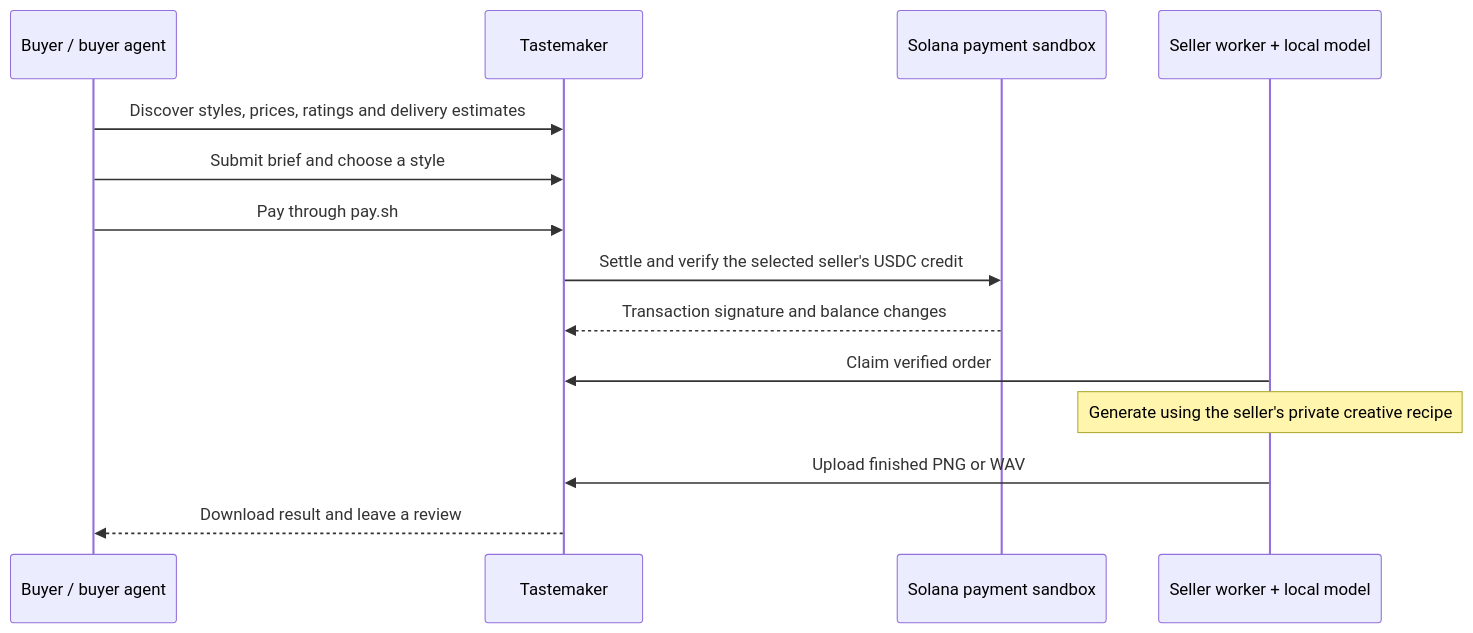
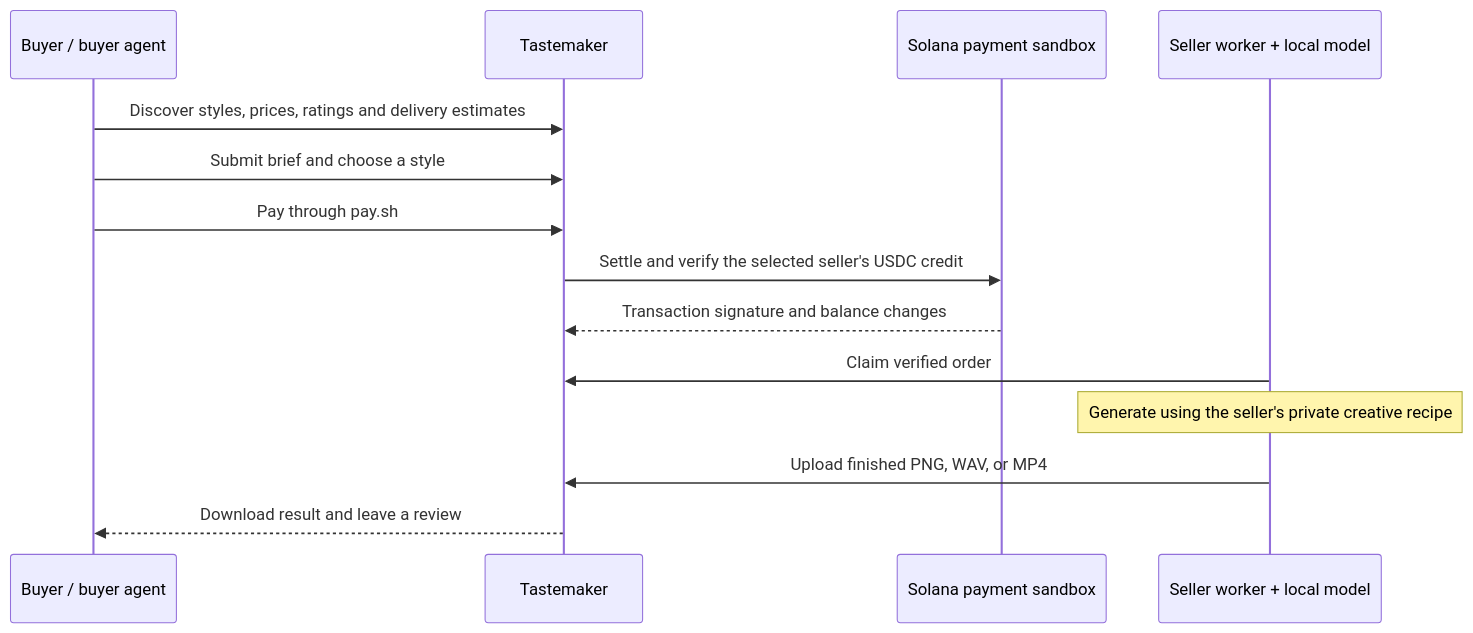
One commit to eminaz/MediaMarket changed the diagram in README.md. Above: the diagram before and after it, drawn with Mermaid. The commit also changed other lines of this file and 34 other files, not shown here.

````diff
--- a/README.md
+++ b/README.md
@@ -15,16 +15,16 @@
 ```mermaid
 sequenceDiagram
     participant Buyer as Buyer / buyer agent
     participant Market as Tastemaker
     participant Pay as Solana payment sandbox
     participant Seller as Seller worker + local model
     Buyer->>Market: Discover styles, prices, ratings and delivery estimates
     Buyer->>Market: Submit brief and choose a style
     Buyer->>Market: Pay through pay.sh
     Market->>Pay: Settle and verify the selected seller's USDC credit
     Pay-->>Market: Transaction signature and balance changes
     Seller->>Market: Claim verified order
     Note over Seller: Generate using the seller's private creative recipe
-    Seller->>Market: Upload finished PNG or WAV
+    Seller->>Market: Upload finished PNG, WAV, or MP4
     Market-->>Buyer: Download result and leave a review
 ```
````
